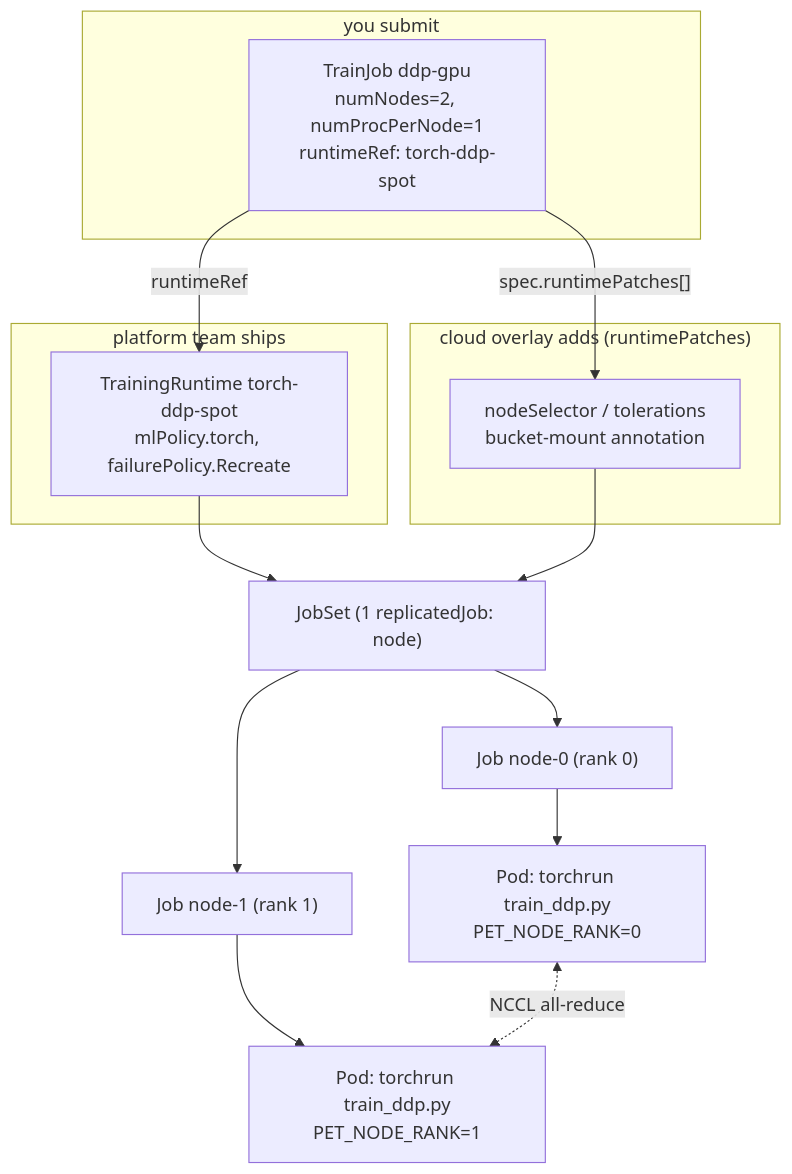
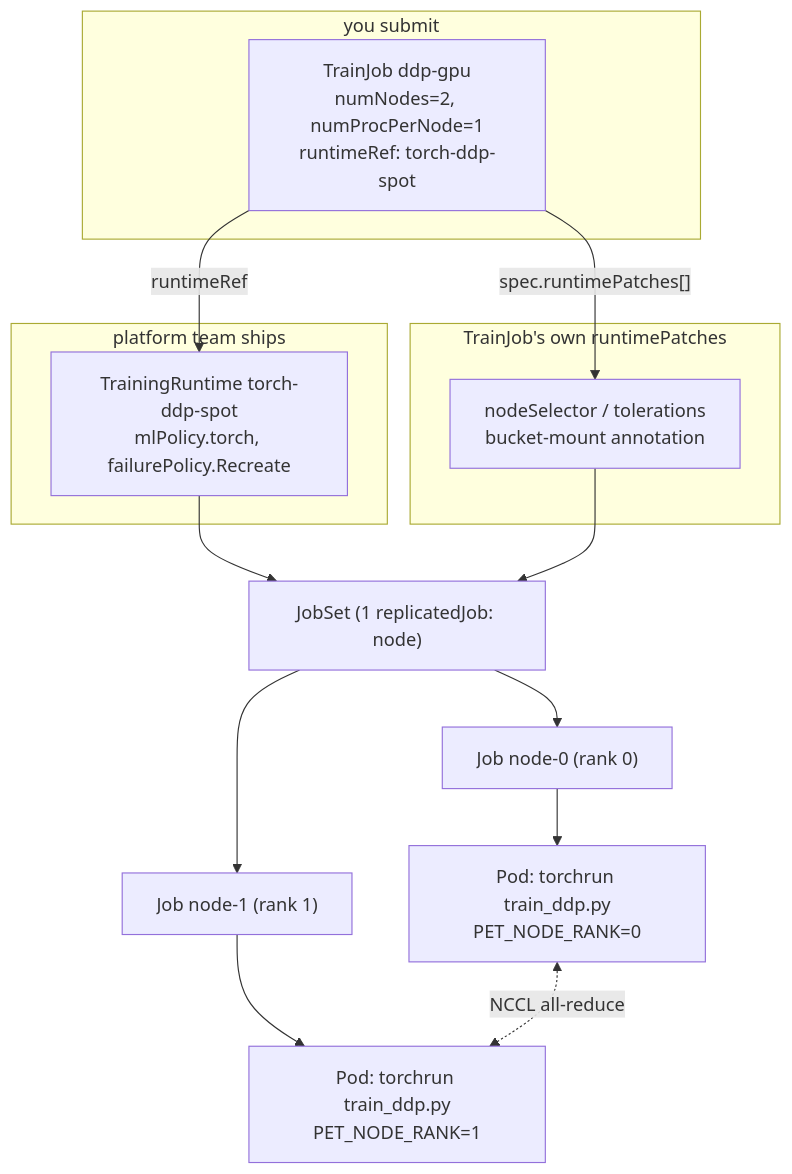
Before and after one commit to GitOpsHub/kubernetes-ai-infrastructure: the diagram in 07-distributed-training-kubeflow-trainer/README.md, drawn with Mermaid. The commit also changed other lines of this file and 343 other files, not shown here.

````diff
--- a/07-distributed-training-kubeflow-trainer/README.md
+++ b/07-distributed-training-kubeflow-trainer/README.md
@@ -147,21 +147,21 @@
 ```mermaid
 flowchart TB
     subgraph submit["you submit"]
         TJ["TrainJob ddp-gpu<br/>numNodes=2, numProcPerNode=1<br/>runtimeRef: torch-ddp-spot"]
     end
     subgraph platform["platform team ships"]
         TR["TrainingRuntime torch-ddp-spot<br/>mlPolicy.torch, failurePolicy.Recreate"]
     end
-    subgraph overlay["cloud overlay adds (runtimePatches)"]
+    subgraph overlay["TrainJob's own runtimePatches"]
         RP["nodeSelector / tolerations<br/>bucket-mount annotation"]
     end
     TJ -->|runtimeRef| TR
     TJ -->|"spec.runtimePatches[]"| RP
     TR --> JS["JobSet (1 replicatedJob: node)"]
     RP --> JS
     JS --> J0["Job node-0 (rank 0)"]
     JS --> J1["Job node-1 (rank 1)"]
     J0 --> P0["Pod: torchrun train_ddp.py<br/>PET_NODE_RANK=0"]
     J1 --> P1["Pod: torchrun train_ddp.py<br/>PET_NODE_RANK=1"]
     P0 <-.->|NCCL all-reduce| P1
 ```
````
